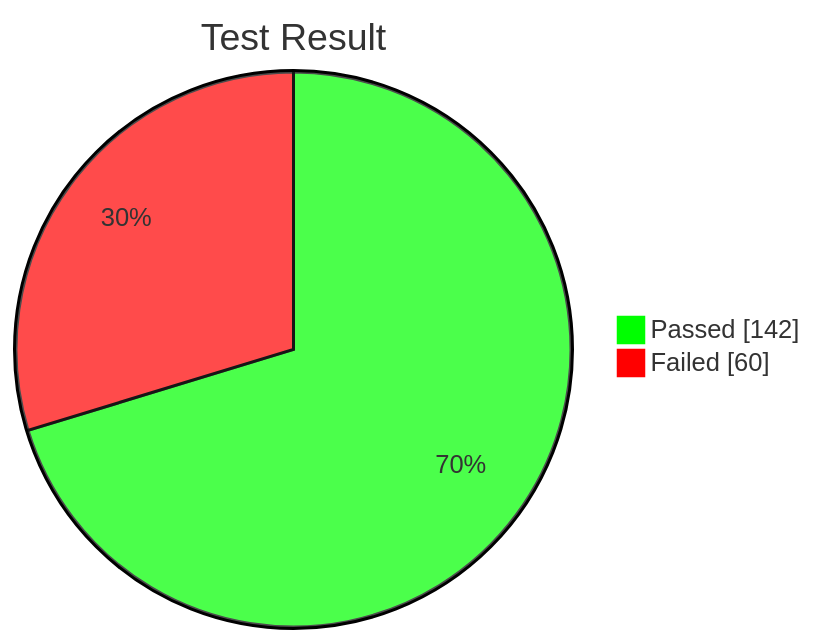
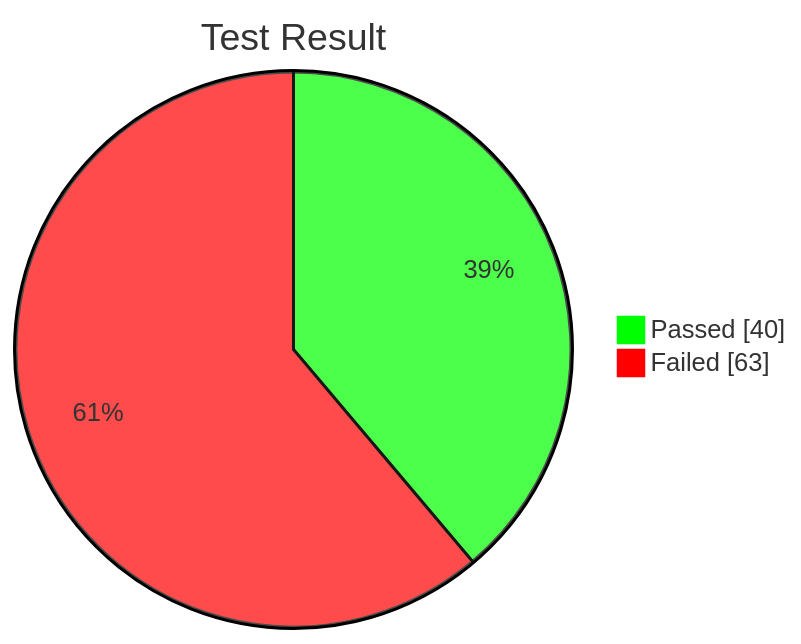
One commit to solo5star/woowacourse-precourse-judge changed the second of 5 diagrams in README.md. Above: the diagram before and after it, drawn with Mermaid. The commit also changed other lines of this file, not shown here.

````diff
--- a/README.md
+++ b/README.md
@@ -133,7 +133,7 @@
 ```mermaid
 %%{init: {'theme': 'base', 'themeVariables': { 'pie1': '#00FF00', 'pie2': '#FF0000' }}}%%
 pie showData
     title Test Result
-    "Passed": 142
-    "Failed": 60
+    "Passed": 40
+    "Failed": 63
 ```
````
